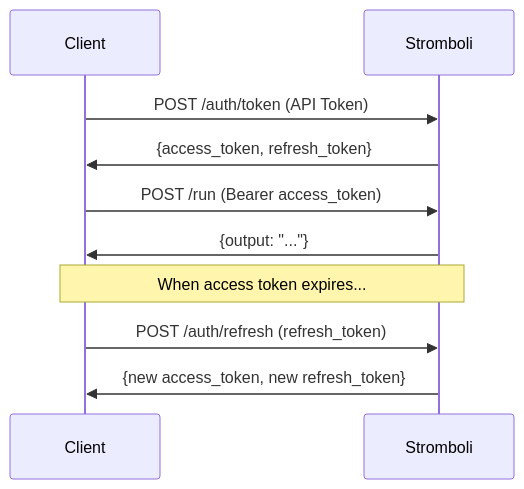
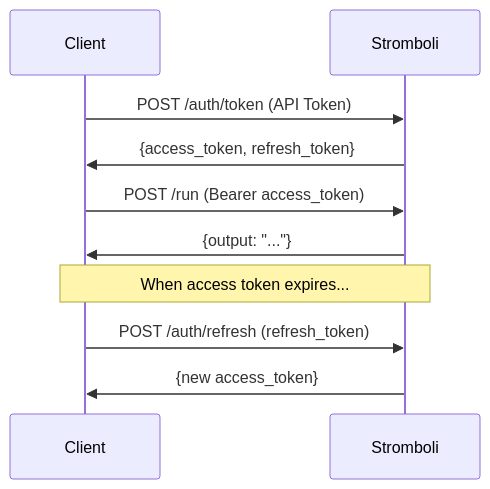
The diagram in docs/api/authentication.md (tomblancdev/stromboli), drawn with Mermaid before and after one commit. The commit also changed other lines of this file and 37 other files, not shown here.

````diff
--- a/docs/api/authentication.md
+++ b/docs/api/authentication.md
@@ -17,16 +15,16 @@
 ```mermaid
 sequenceDiagram
     participant Client
     participant Stromboli
 
     Client->>Stromboli: POST /auth/token (API Token)
     Stromboli->>Client: {access_token, refresh_token}
 
     Client->>Stromboli: POST /run (Bearer access_token)
     Stromboli->>Client: {output: "..."}
 
     Note over Client,Stromboli: When access token expires...
 
     Client->>Stromboli: POST /auth/refresh (refresh_token)
-    Stromboli->>Client: {new access_token, new refresh_token}
+    Stromboli->>Client: {new access_token}
 ```
````
